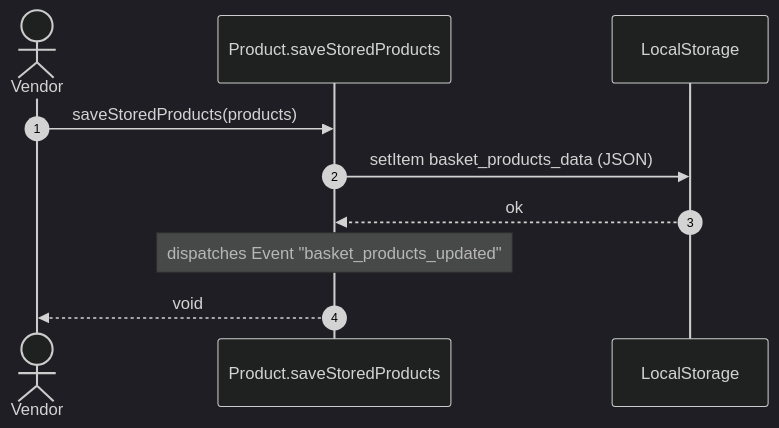
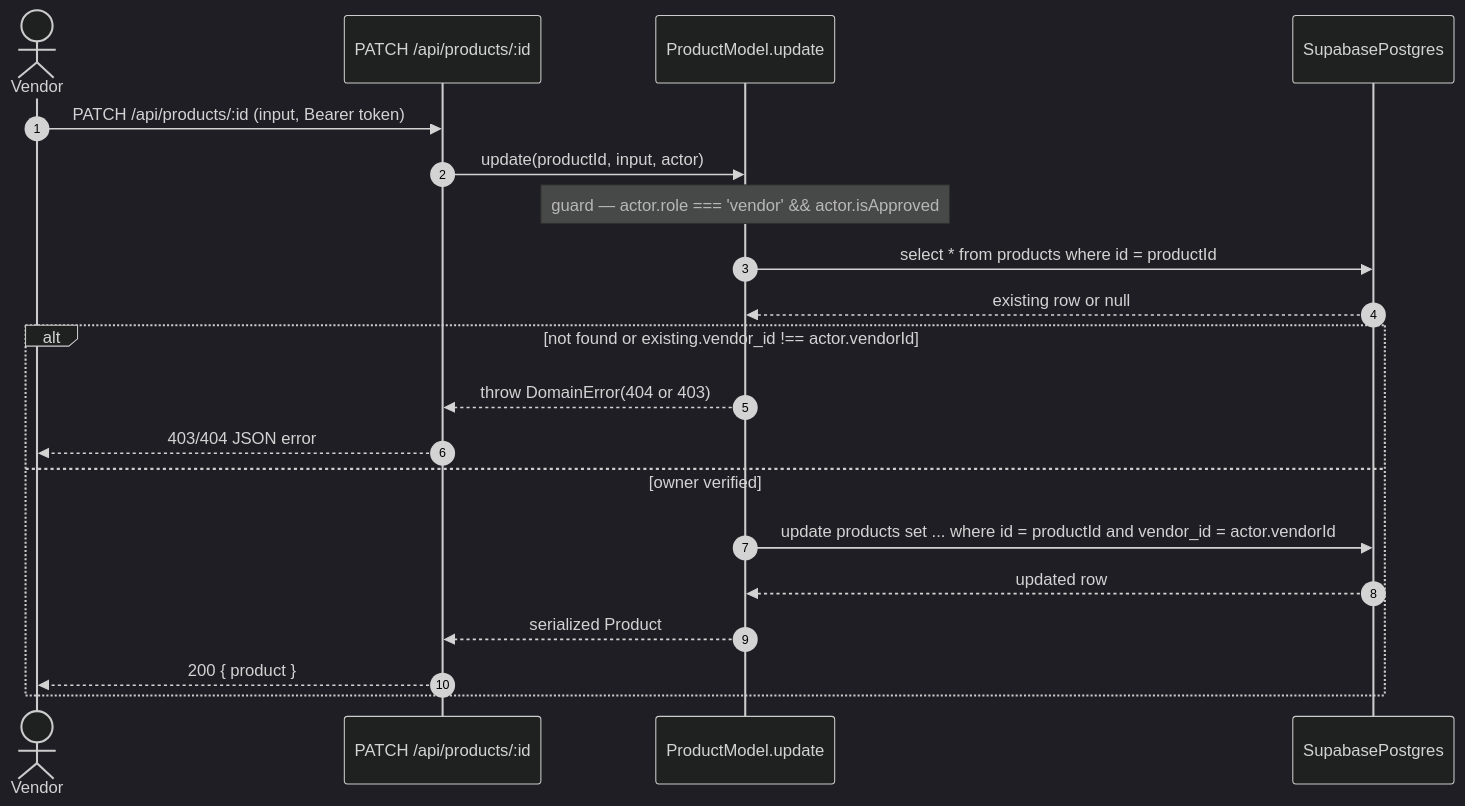
The fourth of 13 diagrams in docs/SPECIFICATION.MD (nroc6/CP317B-Project-Group1), drawn with Mermaid (dark theme) before and after one commit. The commit also changed other lines of this file and 28 other files, not shown here.

````diff
--- a/docs/SPECIFICATION.MD
+++ b/docs/SPECIFICATION.MD
@@ -219,13 +198,23 @@
 ```mermaid
 sequenceDiagram
     autonumber
     actor V as Vendor
-    participant Product.saveStoredProducts
-    participant DB as LocalStorage
+    participant API as PATCH /api/products/:id
+    participant M as ProductModel.update
+    participant DB as SupabasePostgres
 
-    V->>Product.saveStoredProducts: saveStoredProducts(products)
-    Product.saveStoredProducts->>DB: setItem basket_products_data (JSON)
-    DB-->>Product.saveStoredProducts: ok
-    Note over Product.saveStoredProducts: dispatches Event "basket_products_updated"
-    Product.saveStoredProducts-->>V: void
+    V->>API: PATCH /api/products/:id (input, Bearer token)
+    API->>M: update(productId, input, actor)
+    Note over M: guard — actor.role === 'vendor' && actor.isApproved
+    M->>DB: select * from products where id = productId
+    DB-->>M: existing row or null
+    alt not found or existing.vendor_id !== actor.vendorId
+        M-->>API: throw DomainError(404 or 403)
+        API-->>V: 403/404 JSON error
+    else owner verified
+        M->>DB: update products set ... where id = productId and vendor_id = actor.vendorId
+        DB-->>M: updated row
+        M-->>API: serialized Product
+        API-->>V: 200 { product }
+    end
 ```
````
